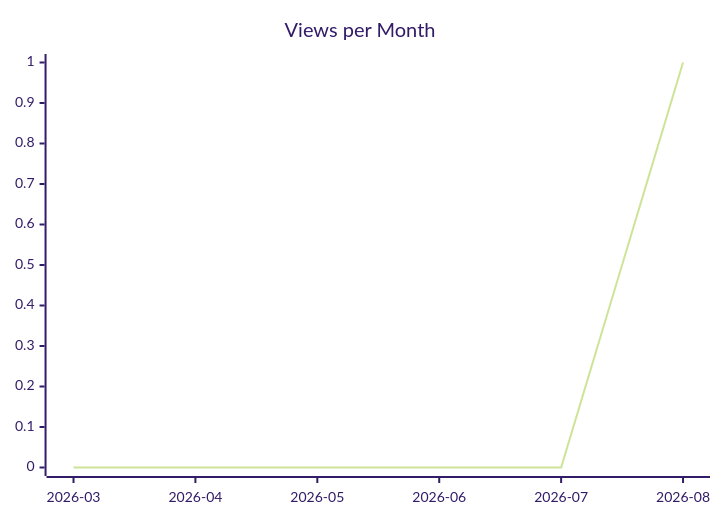
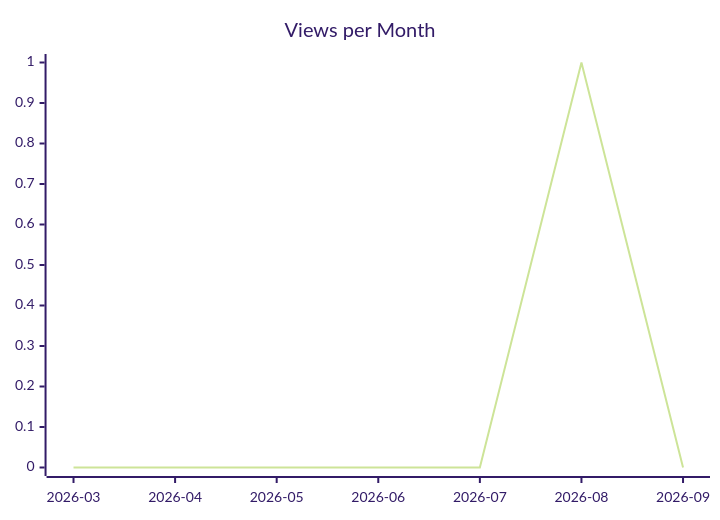
One commit to justdavis-family/github-analytics-data changed the second of 3 diagrams in karlmdavis/jessentials/README.md. Above: the diagram before and after it, drawn with Mermaid (forest theme). The commit also changed other lines of this file and 191 other files, not shown here.

````diff
--- a/karlmdavis/jessentials/README.md
+++ b/karlmdavis/jessentials/README.md
@@ -12,6 +12,6 @@
 ```mermaid
 xychart-beta
   title "Views per Month"
-  x-axis ["2026-03", "2026-04", "2026-05", "2026-06", "2026-07", "2026-08"]
-  line [0, 0, 0, 0, 0, 1]
+  x-axis ["2026-03", "2026-04", "2026-05", "2026-06", "2026-07", "2026-08", "2026-09"]
+  line [0, 0, 0, 0, 0, 1, 0]
 ```
````
